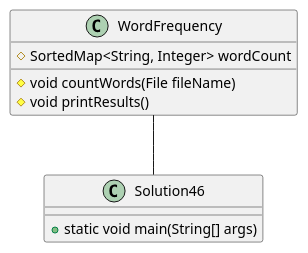
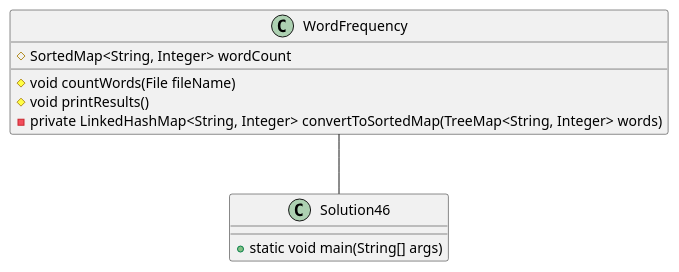
Before and after one commit to CATastrophic141/Simpson-a04: the diagram in exercise46/docs/Solution46UMLdiagram.puml, drawn with PlantUML. The commit also changed 9 other files, not shown here.

```diff
--- a/exercise46/docs/Solution46UMLdiagram.puml
+++ b/exercise46/docs/Solution46UMLdiagram.puml
@@ -1,16 +1,17 @@
 @startuml
 'https://plantuml.com/sequence-diagram
 
 class WordFrequency {
  # SortedMap<String, Integer> wordCount
 
  # void countWords(File fileName)
  # void printResults()
+ - private LinkedHashMap<String, Integer> convertToSortedMap(TreeMap<String, Integer> words)
 }
 
 class Solution46 {
  + static void main(String[] args)
 }
 
 WordFrequency -- Solution46
 @enduml
```
